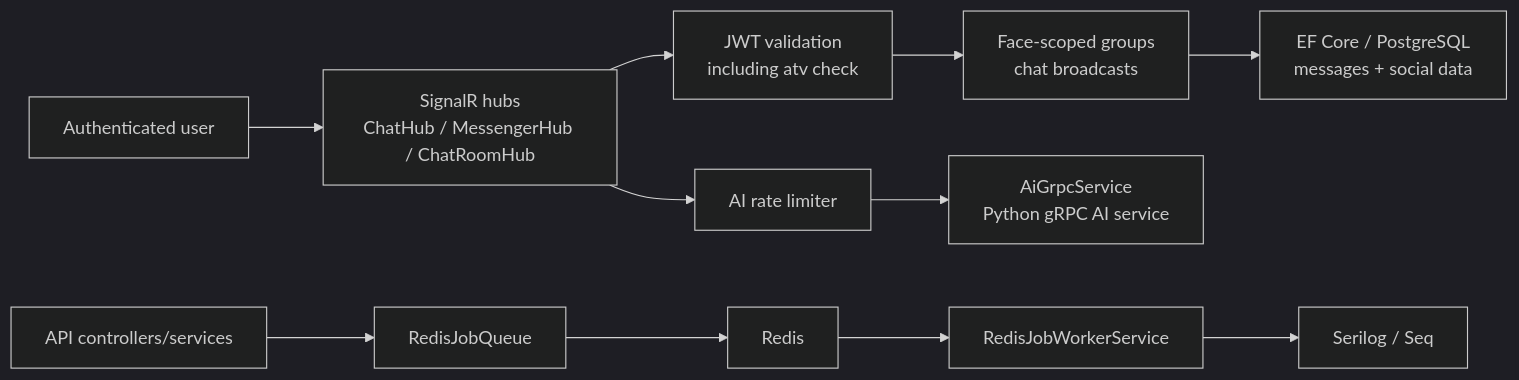
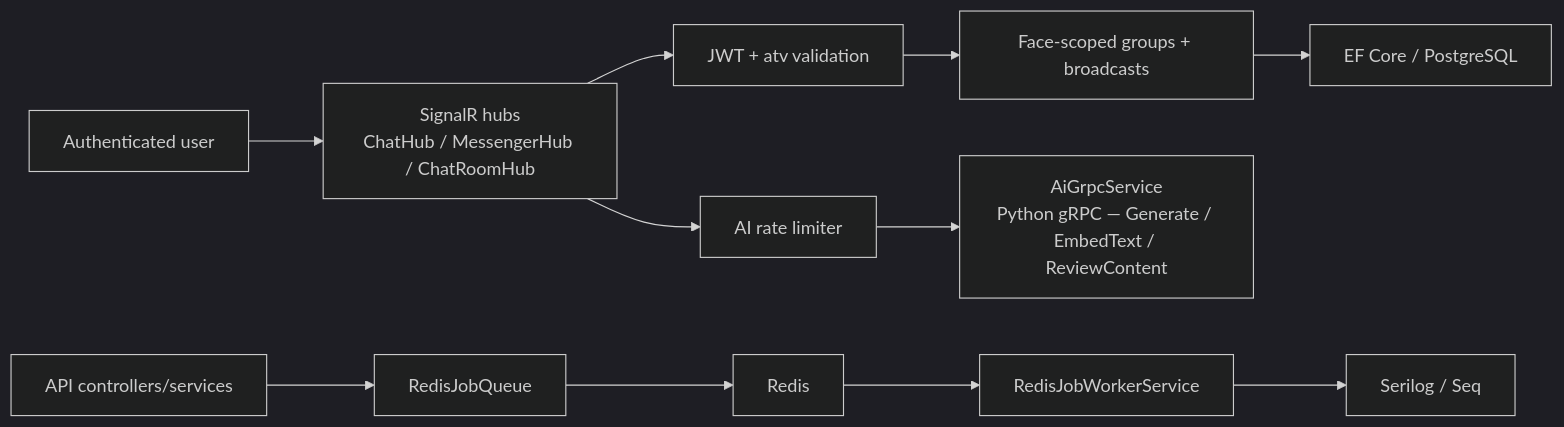
The eighth of 8 diagrams in README.md (01laky/many_faces_backend), drawn with Mermaid (dark theme) before and after one commit. The commit also changed other lines of this file, not shown here.

````diff
--- a/README.md
+++ b/README.md
@@ -248,15 +265,15 @@
 ```mermaid
 flowchart LR
     user["Authenticated user"] --> hub["SignalR hubs<br/>ChatHub / MessengerHub / ChatRoomHub"]
-    hub --> jwt["JWT validation<br/>including atv check"]
-    jwt --> groups["Face-scoped groups<br/>chat broadcasts"]
-    groups --> db["EF Core / PostgreSQL<br/>messages + social data"]
+    hub --> jwt["JWT + atv validation"]
+    jwt --> groups["Face-scoped groups + broadcasts"]
+    groups --> db["EF Core / PostgreSQL"]
 
     hub --> aiRate["AI rate limiter"]
-    aiRate --> aiGrpc["AiGrpcService<br/>Python gRPC AI service"]
+    aiRate --> aiGrpc["AiGrpcService<br/>Python gRPC — Generate / EmbedText / ReviewContent"]
 
     api["API controllers/services"] --> queue["RedisJobQueue"]
     queue --> redis["Redis"]
     redis --> worker["RedisJobWorkerService"]
     worker --> logs["Serilog / Seq"]
 ```
````
